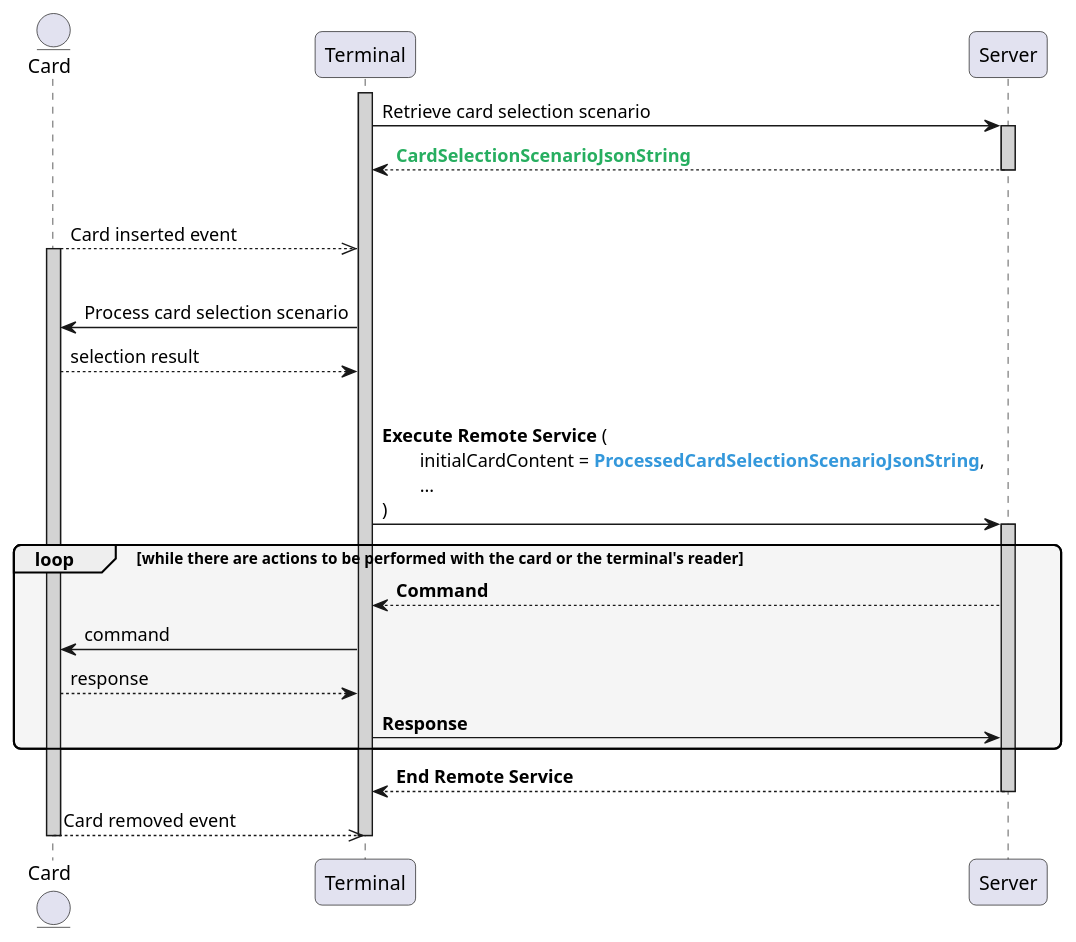
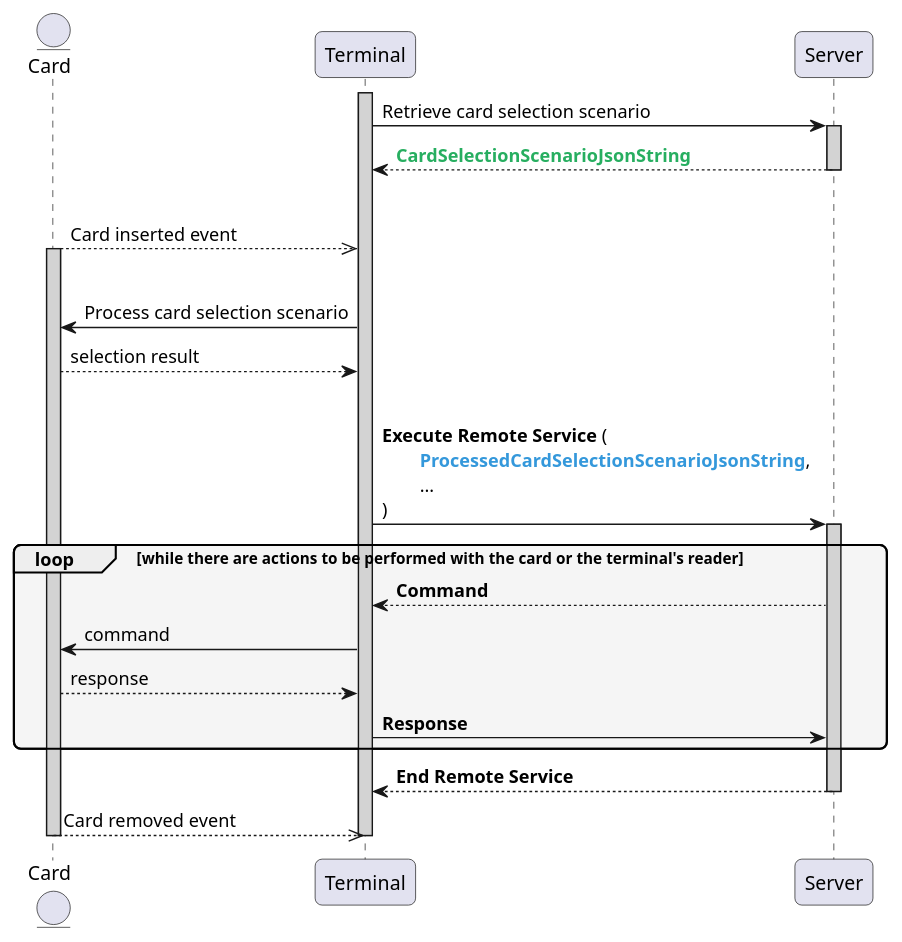
The diagram in static/media/learn/user-guide/non-keyple-client/selection-json-specification-common/Sequence_SelectionJsonSpecification.puml (eclipse-keyple/keyple-website), drawn with PlantUML before and after one commit. The commit also changed 11 other files, not shown here.

```diff
--- a/static/media/learn/user-guide/non-keyple-client/selection-json-specification-common/Sequence_SelectionJsonSpecification.puml
+++ b/static/media/learn/user-guide/non-keyple-client/selection-json-specification-common/Sequence_SelectionJsonSpecification.puml
@@ -1,45 +1,45 @@
 @startuml
 
 ' == THEME ==
 
 skinparam RoundCorner 10
 'skinparam sequenceArrowThickness 2
 
 ' == CONTENT ==
 
 entity "Card" as card
 participant "Terminal" as client
 participant "Server" as server
 
 activate client #LightGrey
 client -> server ++ #LightGrey : Retrieve card selection scenario
 return <color:#27AE60>**CardSelectionScenarioJsonString**
 
 |||
 
 card -->> client #LightGrey : Card inserted event
 activate card #LightGrey
 
 |||
 
 client -> card : Process card selection scenario
 client <-- card : selection result
 
 |||
 
-client -> server ++ #LightGrey : **Execute Remote Service** (\n\tinitialCardContent = <color: #3498DB>**ProcessedCardSelectionScenarioJsonString**</color>,\n\t...\n)
+client -> server ++ #LightGrey : **Execute Remote Service** (\n\t<color: #3498DB>**ProcessedCardSelectionScenarioJsonString**</color>,\n\t...\n)
 
 loop #F5F5F5 while there are actions to be performed with the card or the terminal's reader
     client <-- server : **Command**
     card <- client : command
     card --> client : response
     client -> server : **Response**
 end
 
 client <-- server -- : **End Remote Service**
 
 card -->> client -- : Card removed event
 deactivate client
 deactivate card
 
 @enduml
```
